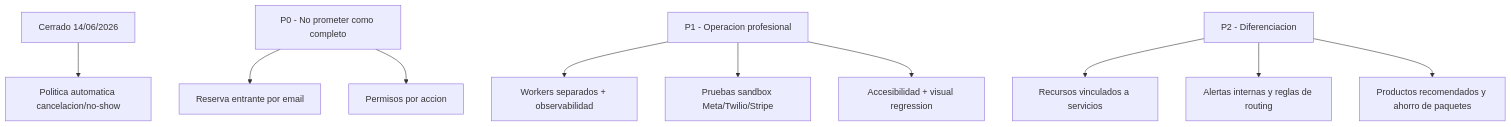
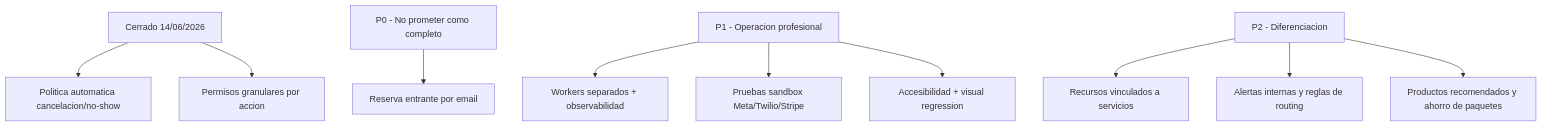
The second of 2 diagrams in docs/AUDITORIA_CUMPLIMIENTO_CENTRAL_RESERVAS_2026-06-13.md (Pablitosnchz/Vantelia), drawn with Mermaid before and after one commit. The commit also changed other lines of this file and 10 other files, not shown here.

First line of the commit message:
feat(roles): permisos granulares por accion (roles = presets + override por usuario)

````diff
--- a/docs/AUDITORIA_CUMPLIMIENTO_CENTRAL_RESERVAS_2026-06-13.md
+++ b/docs/AUDITORIA_CUMPLIMIENTO_CENTRAL_RESERVAS_2026-06-13.md
@@ -103,12 +103,12 @@
 ```mermaid
 flowchart TD
     DONE[Cerrado 14/06/2026] --> C[Politica automatica cancelacion/no-show]
+    DONE --> R[Permisos granulares por accion]
     P0[P0 - No prometer como completo] --> E[Reserva entrante por email]
-    P0 --> R[Permisos por accion]
     P1[P1 - Operacion profesional] --> W[Workers separados + observabilidad]
     P1 --> X[Pruebas sandbox Meta/Twilio/Stripe]
     P1 --> A[Accesibilidad + visual regression]
     P2[P2 - Diferenciacion] --> SR[Recursos vinculados a servicios]
     P2 --> IR[Alertas internas y reglas de routing]
     P2 --> PR[Productos recomendados y ahorro de paquetes]
 ```
````
